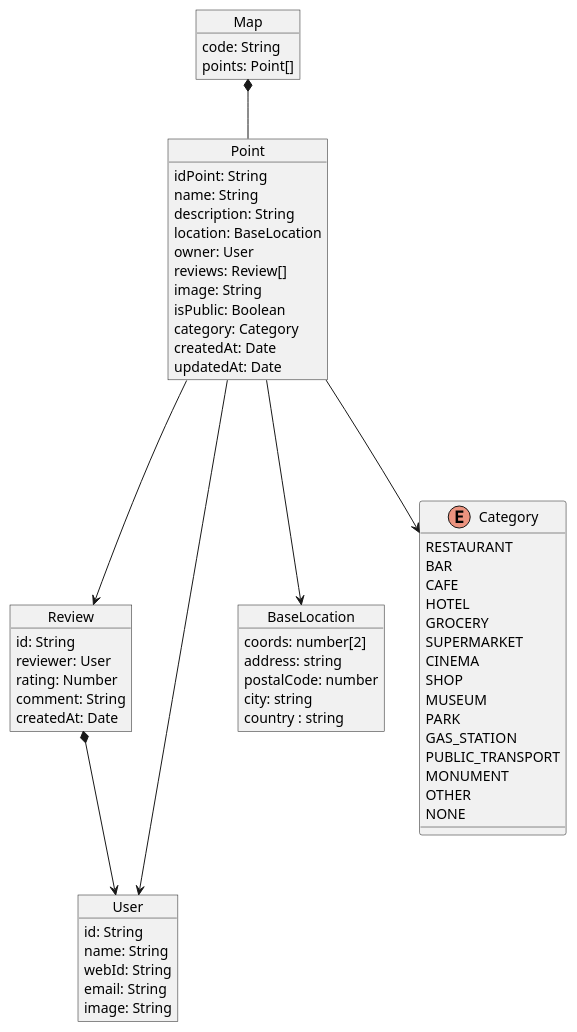
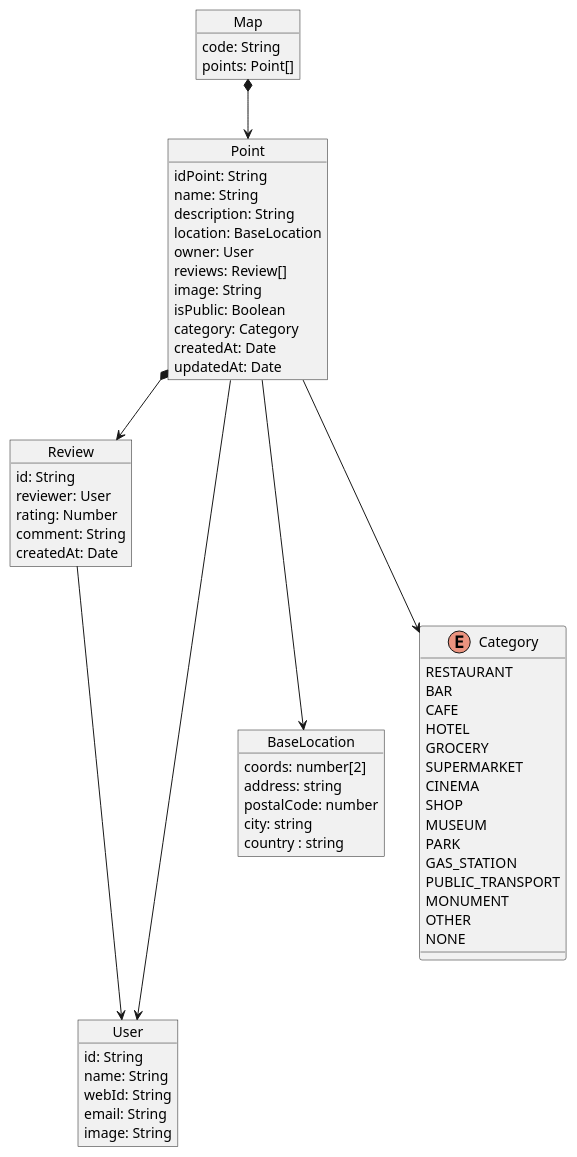
Before and after one commit to Arquisoft/lomap_es5a: the diagram in docs/08_concepts.adoc, drawn with PlantUML.

Commit message:
mas retoques

```diff
--- a/docs/08_concepts.adoc
+++ b/docs/08_concepts.adoc
@@ -7,73 +7,73 @@
 [plantuml, "ModeloDeDominio", png]
 ----
 
 
 object Point{
     idPoint: String
     name: String
     description: String
     location: BaseLocation
     owner: User
     reviews: Review[]
     image: String
     isPublic: Boolean
     category: Category
     createdAt: Date
     updatedAt: Date
 }
 
 object Map{
     code: String
     points: Point[]
 }
 
 object Review{
     id: String
     reviewer: User
     rating: Number
     comment: String
     createdAt: Date
 }
 
 object User{
     id: String
     name: String
     webId: String
     email: String
     image: String
 }
 
 object BaseLocation{
     coords: number[2]
     address: string
     postalCode: number
     city: string
     country : string
 }
 
 enum Category{
     RESTAURANT
     BAR 
     CAFE
     HOTEL
     GROCERY
     SUPERMARKET
     CINEMA
     SHOP
     MUSEUM
     PARK
     GAS_STATION
     PUBLIC_TRANSPORT
     MONUMENT
     OTHER
     NONE
 }
 
-Map*--Point
-Point--->Review
+Map*-->Point
+Point*-->Review
 Point--->User
-Review*-->User
+Review--->User
 Point--->BaseLocation
 Point--->Category
 
 ----
```
